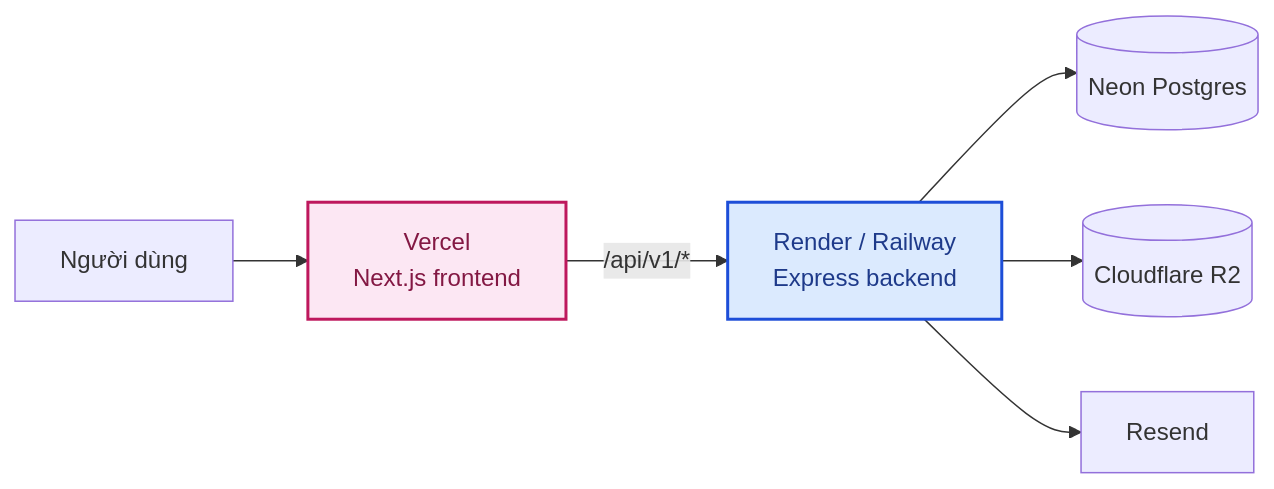
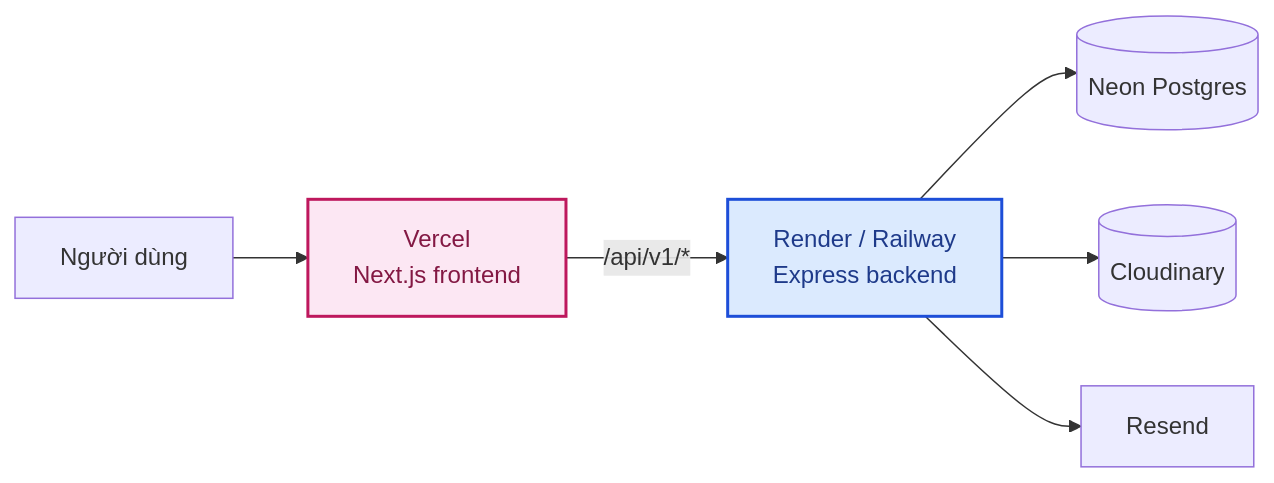
Before and after one commit to Hungvu0712/FLOWER: the second of 4 diagrams in docs/10-trien-khai-van-hanh.md, drawn with Mermaid. The commit also changed other lines of this file and 40 other files, not shown here.

First line of the commit message:
Migrate file storage and DB backups from Cloudflare R2 to Cloudinary

````diff
--- a/docs/10-trien-khai-van-hanh.md
+++ b/docs/10-trien-khai-van-hanh.md
@@ -104,11 +104,11 @@
 ```mermaid
 flowchart LR
     U[Người dùng] --> V["Vercel<br/>Next.js frontend"]
     V -->|"/api/v1/*"| R["Render / Railway<br/>Express backend"]
     R --> N[("Neon Postgres")]
-    R --> R2[("Cloudflare R2")]
+    R --> CD[("Cloudinary")]
     R --> RS["Resend"]
 
     style V fill:#fce7f3,stroke:#be185d,stroke-width:2px,color:#831843
     style R fill:#dbeafe,stroke:#1d4ed8,stroke-width:2px,color:#1e3a8a
 ```
````
